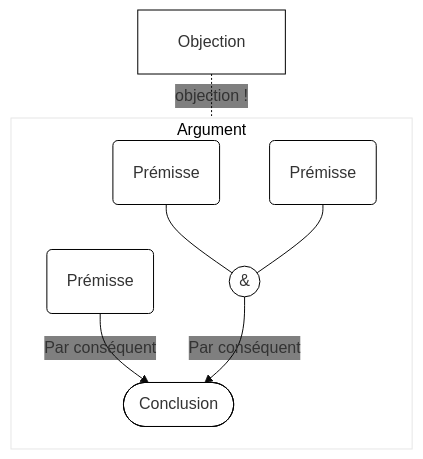
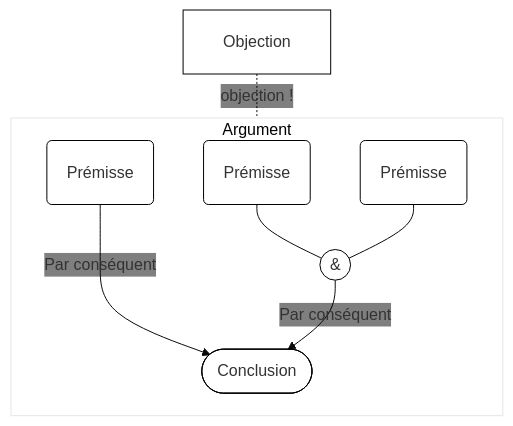
Before and after one commit to eyssette/arguments: the diagram in README.md, drawn with Mermaid. The commit also changed other lines of this file, not shown here.

````diff
--- a/README.md
+++ b/README.md
@@ -11,26 +11,26 @@
 ```mermaid
 %%{init: {"theme":"base","themeCSS": "#Argument rect{stroke:transparent; fill:#e5e5e5} #Argument span {color:transparent} .edgeLabel{color:#888; font-size:0.9em; margin-right:3px} .edge-pattern-dotted{stroke:crimson} .edge-pattern-solid{stroke:green} #flowchart-pointEnd{fill:green}  g[id*=\"O\"] *{stroke:crimson!important; font-size:0.95em} circle+g span{color:white; } circle{fill:green!important} g[id*=\"C\"] * {fill:black;color:white;font-weight:bold}","themeVariables":{"secondaryColor":"transparent","primaryColor":"white","primaryBorderColor":"black"},"flowchart":{"htmlLabels":true,"padding":20,"rankSpacing":20}} }%%
 flowchart TB
     %%accTitle: Titre
     %%accDescr: Description
     subgraph Argument
     direction TB
     %% 1("Prémisse")
     %% Pour utiliser les guillemets dans une prémisse : #quot;
     %% 1 -->|Par conséquent|2
     %% 1 & 2 --- PL1((&))
     %% C(["Conclusion"])
     1("Prémisse")
-    1 -->|Par conséquent|C
+    1 --->|Par conséquent|C
     
     
     2("Prémisse")
     3("Prémisse")
     2 & 3 --- PL1((&))
     PL1 -->|Par conséquent|C
     C(["Conclusion"])
     end
     %% OBJECTIONS
     O1["Objection"]
-    O1-.-|objection !|1
+    O1-.-|objection !|3
 ```
````
